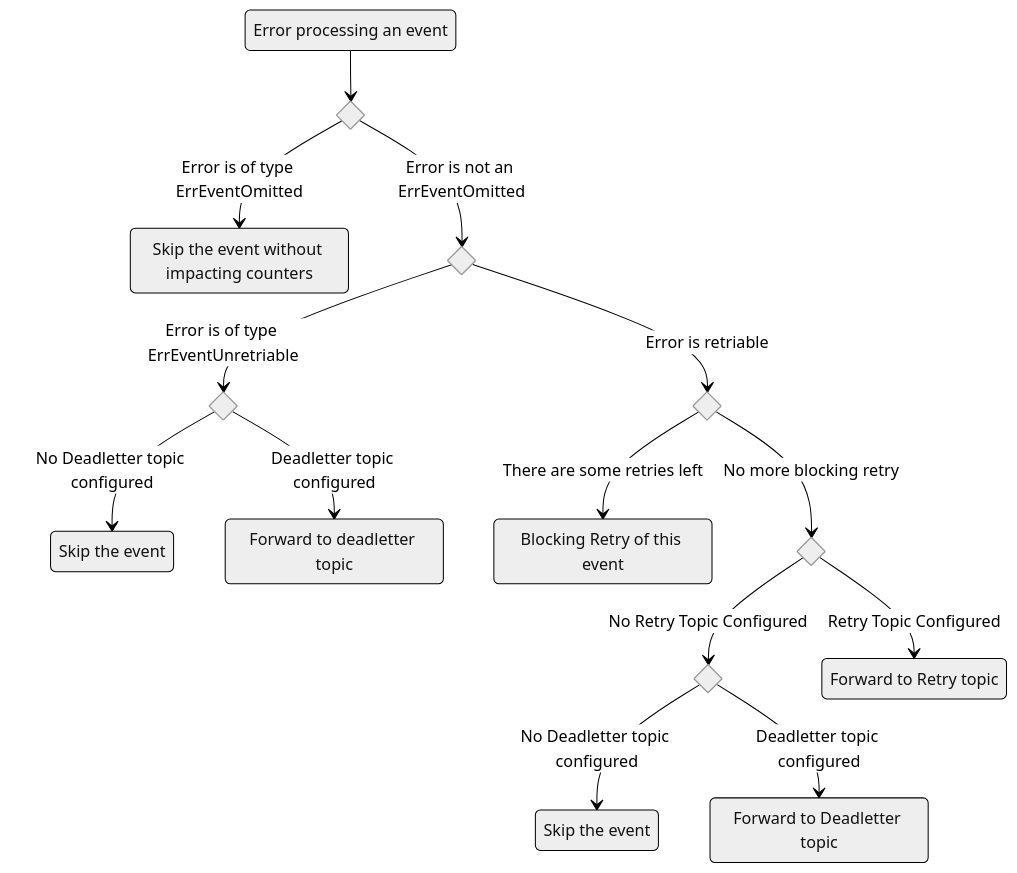
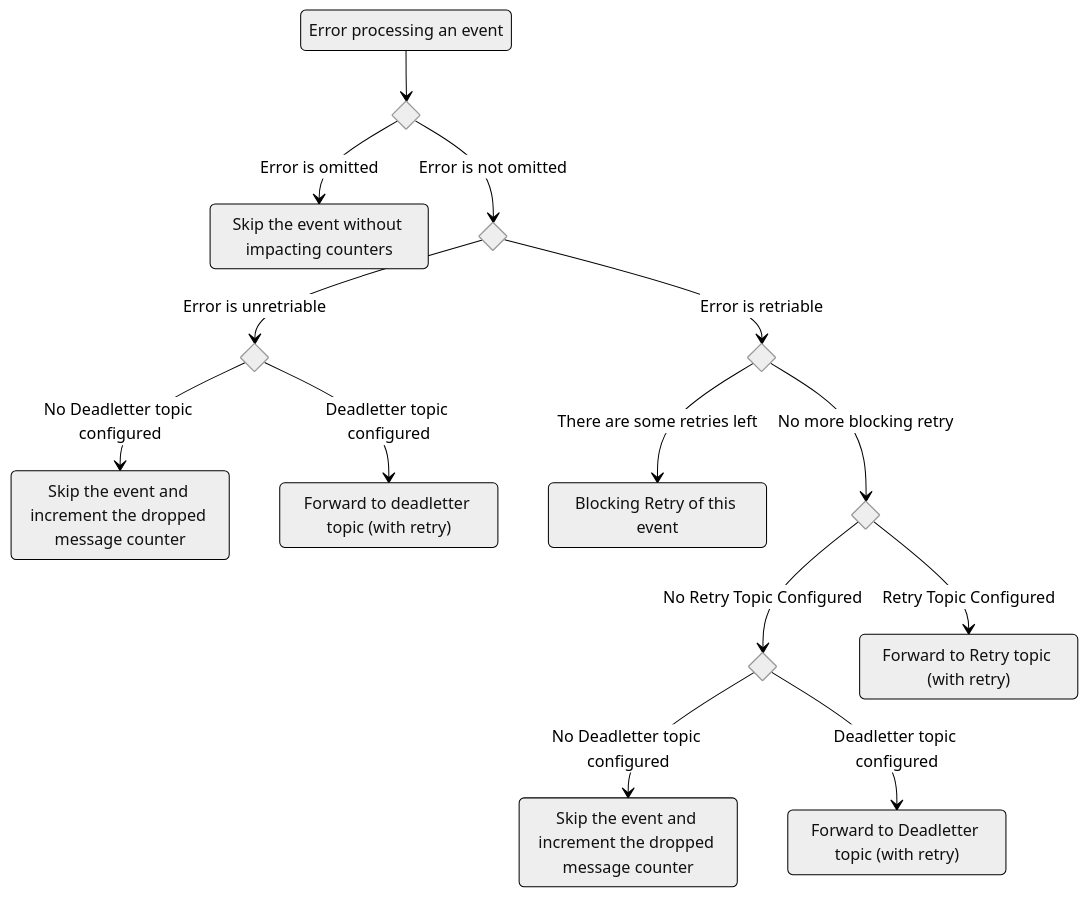
Before and after one commit to ricardo-ch/go-kafka: the diagram in README.md, drawn with Mermaid (neutral theme). The commit also changed other lines of this file and 54 other files, not shown here.

````diff
--- a/README.md
+++ b/README.md
@@ -68,33 +67,33 @@
 ```mermaid
 stateDiagram-v2
 
 init: Error processing an event
 state is_omitable_err <<choice>>
 skipWithoutCounting: Skip the event without impacting counters
 state is_retriable_err <<choice>>
 state is_deadletter_configured <<choice>>
-skip: Skip the event
-forwardDL: Forward to deadletter topic
+skip: Skip the event and increment the dropped message counter
+forwardDL: Forward to deadletter topic (with retry)
 state should_retry <<choice>>
 blocking_retry : Blocking Retry of this event
 state is_retry_topic_configured <<choice>>
 state is_deadletter_configured2 <<choice>>
-forwardRQ: Forward to Retry topic
-skip2: Skip the event
-defaultDL: Forward to Deadletter topic
+forwardRQ: Forward to Retry topic (with retry)
+skip2: Skip the event and increment the dropped message counter
+defaultDL: Forward to Deadletter topic (with retry)
 
 init --> is_omitable_err
-is_omitable_err --> skipWithoutCounting: Error is of type ErrEventOmitted
-is_omitable_err --> is_retriable_err: Error is not an ErrEventOmitted
-is_retriable_err --> is_deadletter_configured: Error is of type ErrEventUnretriable
+is_omitable_err --> skipWithoutCounting: Error is omitted
+is_omitable_err --> is_retriable_err: Error is not omitted
+is_retriable_err --> is_deadletter_configured: Error is unretriable
 is_retriable_err --> should_retry: Error is retriable
 should_retry --> blocking_retry: There are some retries left
 should_retry --> is_retry_topic_configured : No more blocking retry
-is_deadletter_configured --> skip: No Deadletter topic configured
+is_deadletter_configured --> skip: No Deadletter topic configured 
 is_deadletter_configured --> forwardDL: Deadletter topic configured
 is_retry_topic_configured --> forwardRQ: Retry Topic Configured
 is_retry_topic_configured --> is_deadletter_configured2: No Retry Topic Configured
 is_deadletter_configured2 --> skip2: No Deadletter topic configured
 is_deadletter_configured2 --> defaultDL: Deadletter topic configured 
 
 ```
````
